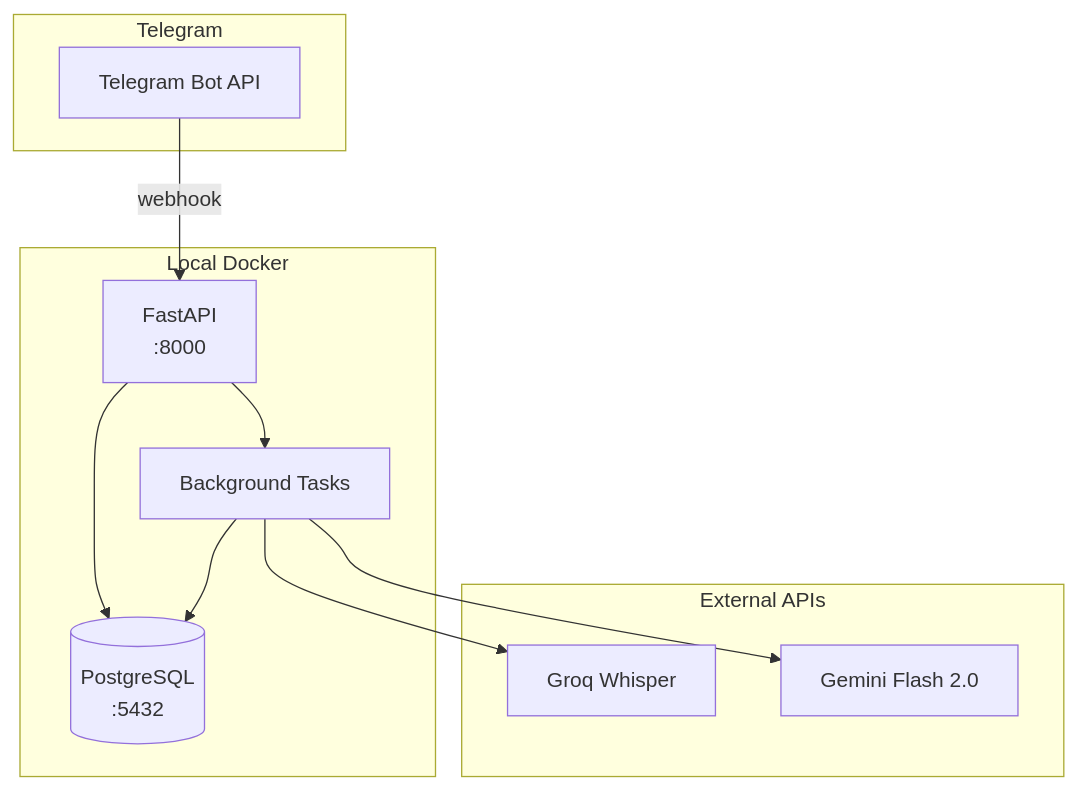
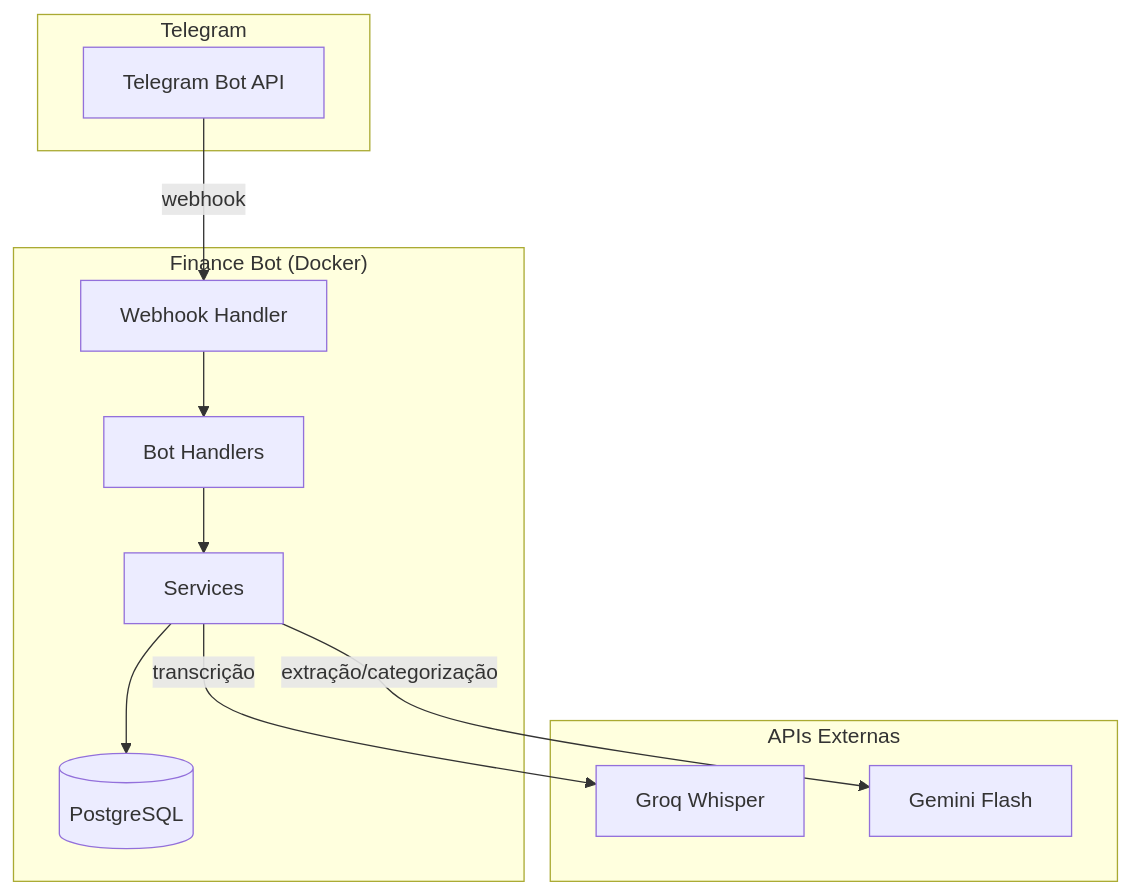
Before and after one commit to guipalm4/financial-control-agent: the first of 3 diagrams in docs/TECH_SPECS.md, drawn with Mermaid. The commit also changed other lines of this file and 46 other files, not shown here.

````diff
--- a/docs/TECH_SPECS.md
+++ b/docs/TECH_SPECS.md
@@ -11,24 +11,25 @@
 ```mermaid
-graph TD
-    subgraph "Telegram"
+flowchart TB
+    subgraph Telegram
         TG[Telegram Bot API]
     end
     
-    subgraph "Local Docker"
-        API[FastAPI<br/>:8000]
-        BG[Background Tasks]
-        DB[(PostgreSQL<br/>:5432)]
+    subgraph Bot["Finance Bot (Docker)"]
+        WH[Webhook Handler]
+        BH[Bot Handlers]
+        SVC[Services]
+        DB[(PostgreSQL)]
     end
     
-    subgraph "External APIs"
+    subgraph External["APIs Externas"]
         GROQ[Groq Whisper]
-        GEMINI[Gemini Flash 2.0]
+        GEMINI[Gemini Flash]
     end
     
-    TG -->|webhook| API
-    API --> BG
-    BG --> GROQ
-    BG --> GEMINI
-    API --> DB
-    BG --> DB
+    TG -->|webhook| WH
+    WH --> BH
+    BH --> SVC
+    SVC --> DB
+    SVC -->|transcrição| GROQ
+    SVC -->|extração/categorização| GEMINI
 ```
````
